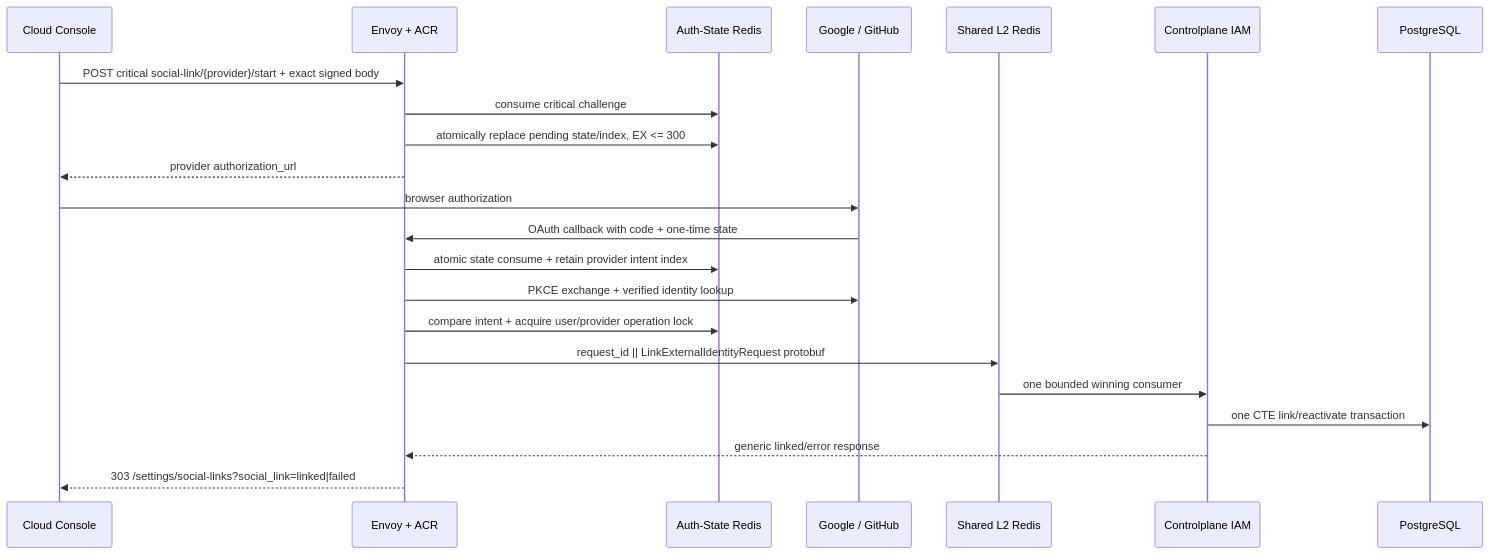
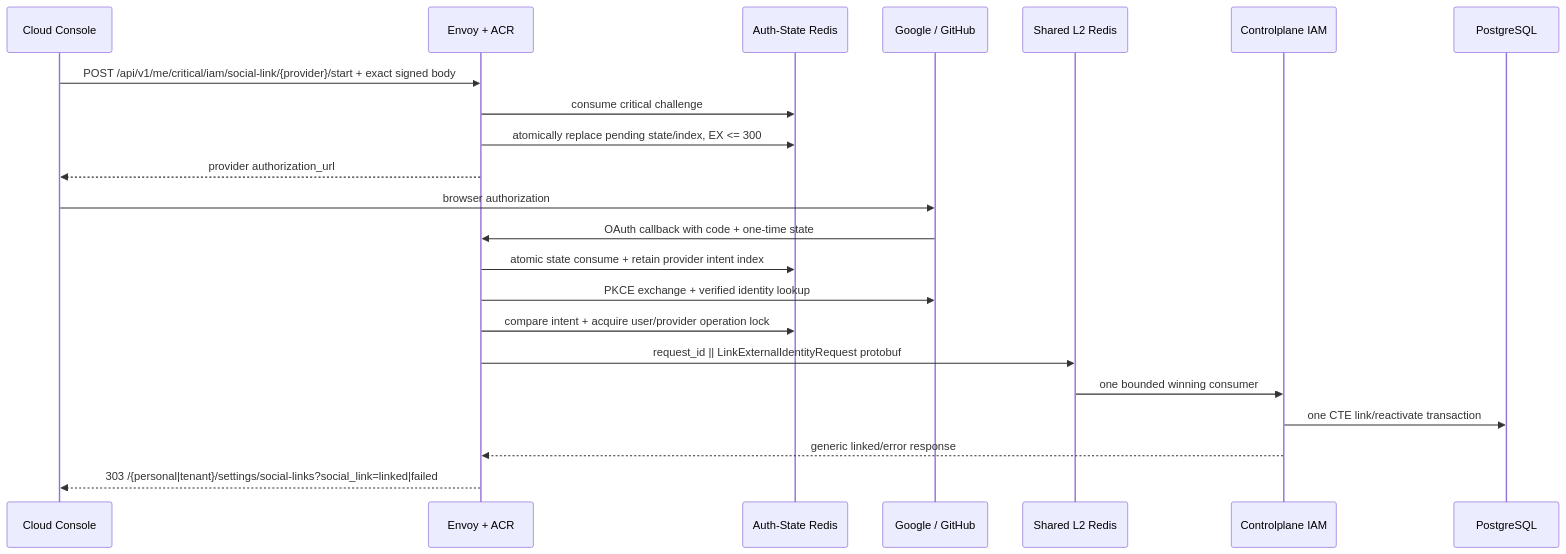
The diagram in god_view/iam/user_settings_god_view_workflow.md (phucle996/aurora), drawn with Mermaid before and after one commit. The commit also changed other lines of this file and 20 other files, not shown here.

````diff
--- a/god_view/iam/user_settings_god_view_workflow.md
+++ b/god_view/iam/user_settings_god_view_workflow.md
@@ -75,25 +82,25 @@
 ```mermaid
 sequenceDiagram
     participant UI as Cloud Console
     participant E as Envoy + ACR
     participant AR as Auth-State Redis
     participant OP as Google / GitHub
     participant SR as Shared L2 Redis
     participant IAM as Controlplane IAM
     participant DB as PostgreSQL
 
-    UI->>E: POST critical social-link/{provider}/start + exact signed body
+    UI->>E: POST /api/v1/me/critical/iam/social-link/{provider}/start + exact signed body
     E->>AR: consume critical challenge
     E->>AR: atomically replace pending state/index, EX <= 300
     E-->>UI: provider authorization_url
     UI->>OP: browser authorization
     OP->>E: OAuth callback with code + one-time state
     E->>AR: atomic state consume + retain provider intent index
     E->>OP: PKCE exchange + verified identity lookup
     E->>AR: compare intent + acquire user/provider operation lock
     E->>SR: request_id || LinkExternalIdentityRequest protobuf
     SR->>IAM: one bounded winning consumer
     IAM->>DB: one CTE link/reactivate transaction
     IAM-->>E: generic linked/error response
-    E-->>UI: 303 /settings/social-links?social_link=linked|failed
+    E-->>UI: 303 /{personal|tenant}/settings/social-links?social_link=linked|failed
 ```
````
